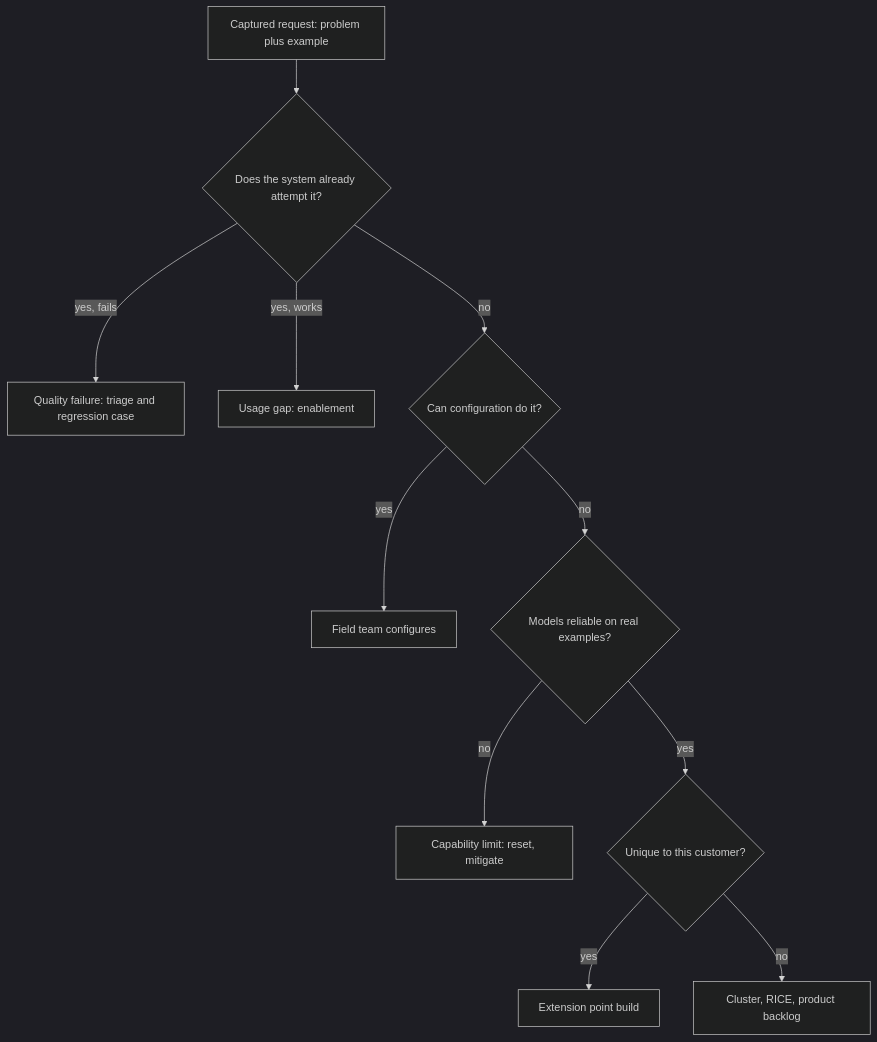
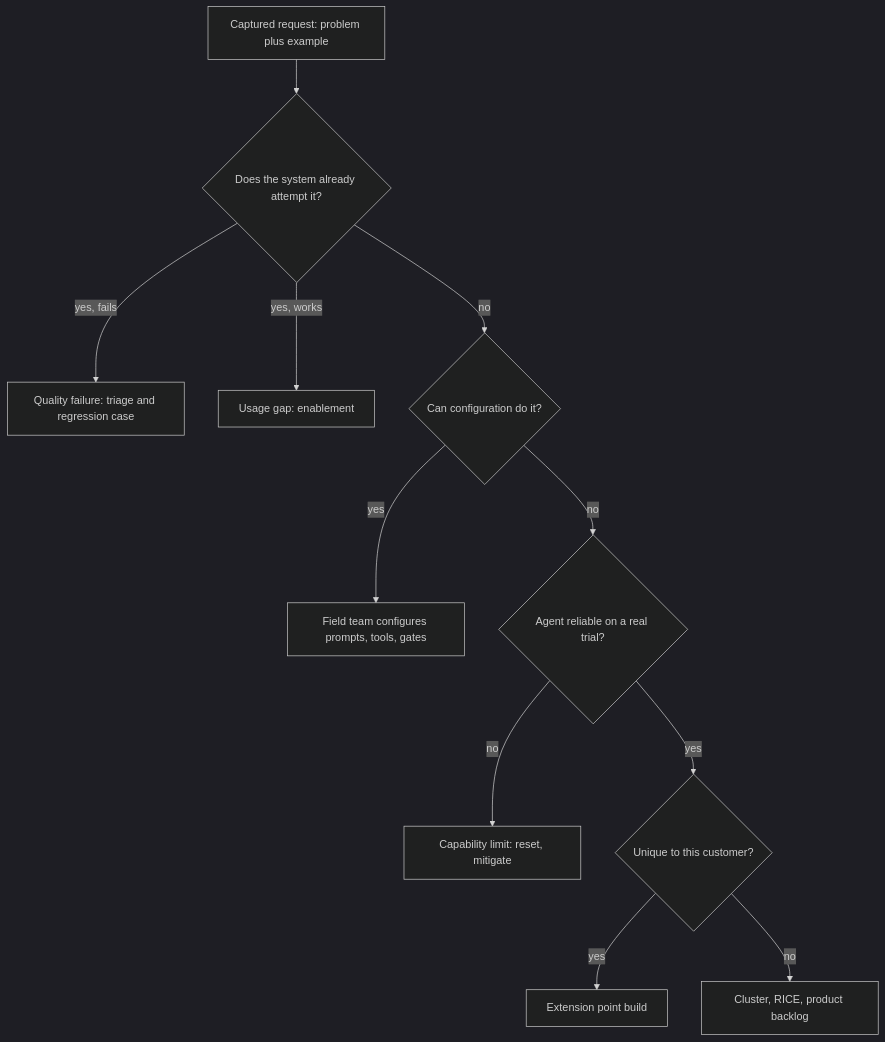
Before and after one commit to lovishmahajan97/agentic-learning: the diagram in content/adoption/feature-request-triage.md, drawn with Mermaid (dark theme). The commit also changed other lines of this file and 454 other files, not shown here.

````diff
--- a/content/adoption/feature-request-triage.md
+++ b/content/adoption/feature-request-triage.md
@@ -117,13 +138,13 @@
 ```mermaid
 flowchart TD
     A["Captured request: problem plus example"] --> Q1{"Does the system already attempt it?"}
     Q1 -->|"yes, fails"| QF["Quality failure: triage and regression case"]
     Q1 -->|"yes, works"| UG["Usage gap: enablement"]
     Q1 -->|"no"| Q2{"Can configuration do it?"}
-    Q2 -->|"yes"| CF["Field team configures"]
-    Q2 -->|"no"| Q3{"Models reliable on real examples?"}
+    Q2 -->|"yes"| CF["Field team configures prompts, tools, gates"]
+    Q2 -->|"no"| Q3{"Agent reliable on a real trial?"}
     Q3 -->|"no"| CL["Capability limit: reset, mitigate"]
     Q3 -->|"yes"| Q4{"Unique to this customer?"}
     Q4 -->|"yes"| EX["Extension point build"]
     Q4 -->|"no"| PG["Cluster, RICE, product backlog"]
 ```
````
